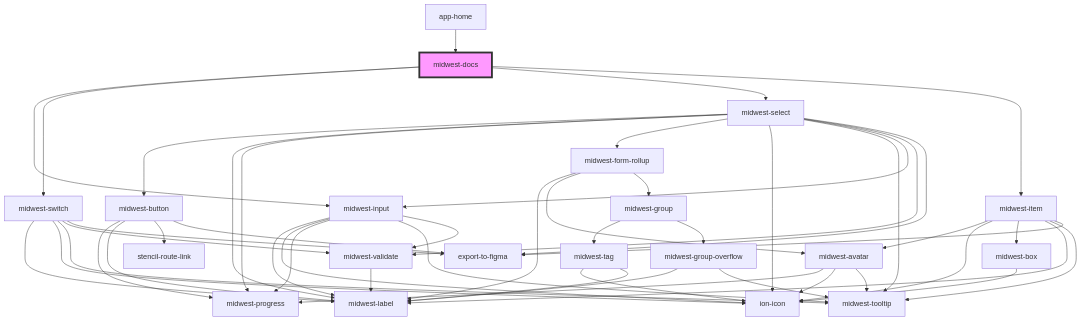
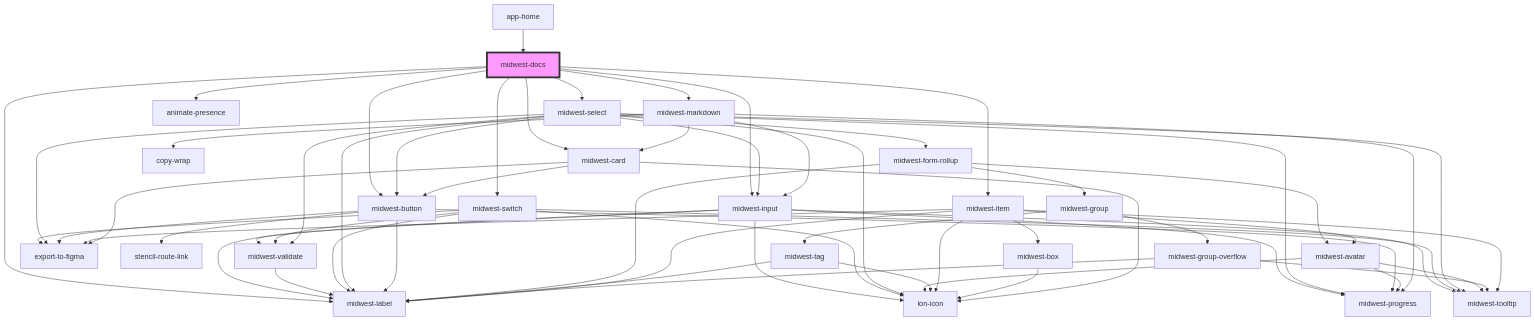
The diagram in packages/new-tab/docs/components/docs/readme.md (splitinfinities/Midwest), drawn with Mermaid before and after one commit. The commit also changed other lines of this file and 17 other files, not shown here.

````diff
--- a/packages/new-tab/docs/components/docs/readme.md
+++ b/packages/new-tab/docs/components/docs/readme.md
@@ -22,52 +27,64 @@
 ```mermaid
 graph TD;
   midwest-docs --> midwest-input
   midwest-docs --> midwest-switch
   midwest-docs --> midwest-select
   midwest-docs --> midwest-item
+  midwest-docs --> animate-presence
+  midwest-docs --> midwest-label
+  midwest-docs --> midwest-card
+  midwest-docs --> midwest-button
+  midwest-docs --> midwest-markdown
   midwest-input --> midwest-label
   midwest-input --> ion-icon
   midwest-input --> midwest-progress
   midwest-input --> midwest-tooltip
   midwest-input --> midwest-validate
   midwest-validate --> midwest-label
   midwest-switch --> midwest-label
   midwest-switch --> ion-icon
   midwest-switch --> midwest-tooltip
   midwest-switch --> midwest-validate
   midwest-switch --> export-to-figma
   midwest-select --> midwest-button
   midwest-select --> midwest-label
   midwest-select --> midwest-progress
   midwest-select --> midwest-form-rollup
   midwest-select --> ion-icon
   midwest-select --> midwest-tooltip
   midwest-select --> midwest-input
   midwest-select --> midwest-validate
   midwest-select --> export-to-figma
   midwest-button --> midwest-progress
   midwest-button --> midwest-label
   midwest-button --> stencil-route-link
   midwest-button --> export-to-figma
   midwest-form-rollup --> midwest-label
   midwest-form-rollup --> midwest-avatar
   midwest-form-rollup --> midwest-group
   midwest-avatar --> midwest-progress
   midwest-avatar --> ion-icon
   midwest-avatar --> midwest-tooltip
   midwest-group --> midwest-tag
   midwest-group --> midwest-group-overflow
   midwest-tag --> ion-icon
   midwest-tag --> midwest-label
   midwest-group-overflow --> midwest-label
   midwest-group-overflow --> midwest-tooltip
   midwest-item --> midwest-avatar
   midwest-item --> ion-icon
   midwest-item --> midwest-box
   midwest-item --> midwest-label
   midwest-item --> midwest-tooltip
   midwest-item --> export-to-figma
   midwest-box --> ion-icon
+  midwest-card --> midwest-button
+  midwest-card --> ion-icon
+  midwest-card --> export-to-figma
+  midwest-markdown --> midwest-progress
+  midwest-markdown --> midwest-card
+  midwest-markdown --> copy-wrap
+  midwest-markdown --> midwest-input
   app-home --> midwest-docs
   style midwest-docs fill:#f9f,stroke:#333,stroke-width:4px
 ```
````
